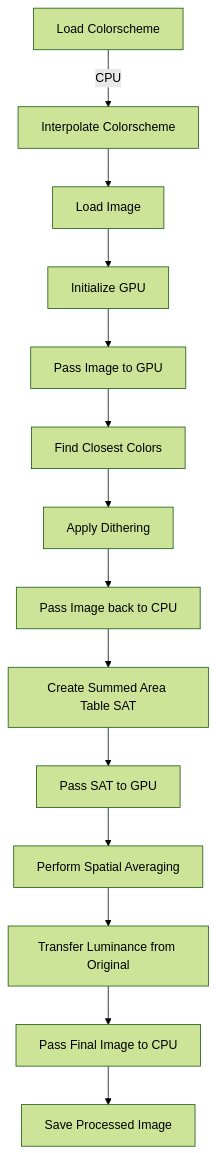
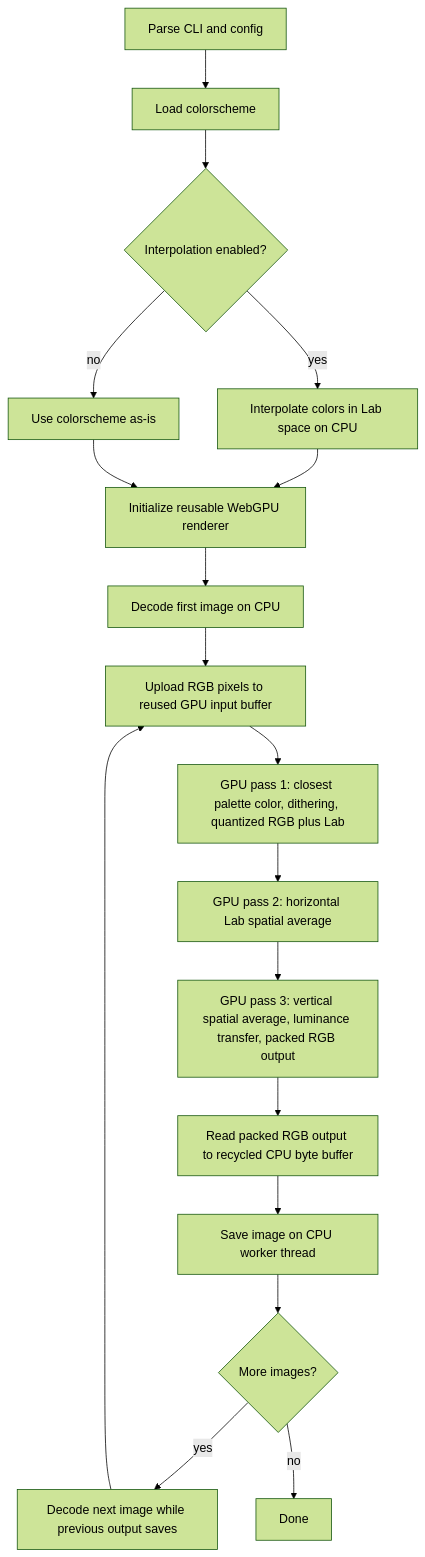
One commit to TaylorBeeston/image-colorizer changed the diagram in README.md. Above: the diagram before and after it, drawn with Mermaid (forest theme). The commit also changed other lines of this file and 1 other file, not shown here.

Commit message:
Update documentation for GPU pipeline

````diff
--- a/README.md
+++ b/README.md
@@ -90,16 +94,20 @@
 ```mermaid
 graph TD
-    A[Load Colorscheme] -->|CPU| B[Interpolate Colorscheme]
-    B --> C[Load Image]
-    C --> D[Initialize GPU]
-    D --> E[Pass Image to GPU]
-    E --> F[Find Closest Colors]
-    F --> G[Apply Dithering]
-    G --> H[Pass Image back to CPU]
-    H --> I[Create Summed Area Table SAT]
-    I --> J[Pass SAT to GPU]
-    J --> K[Perform Spatial Averaging]
-    K --> L[Transfer Luminance from Original]
-    L --> M[Pass Final Image to CPU]
-    M --> N[Save Processed Image]
+    A["Parse CLI and config"] --> B["Load colorscheme"]
+    B --> C{"Interpolation enabled?"}
+    C -->|yes| D["Interpolate colors in Lab space on CPU"]
+    C -->|no| E["Use colorscheme as-is"]
+    D --> F["Initialize reusable WebGPU renderer"]
+    E --> F
+    F --> G["Decode first image on CPU"]
+    G --> H["Upload RGB pixels to reused GPU input buffer"]
+    H --> I["GPU pass 1: closest palette color, dithering, quantized RGB plus Lab"]
+    I --> J["GPU pass 2: horizontal Lab spatial average"]
+    J --> K["GPU pass 3: vertical spatial average, luminance transfer, packed RGB output"]
+    K --> L["Read packed RGB output to recycled CPU byte buffer"]
+    L --> M["Save image on CPU worker thread"]
+    M --> N{"More images?"}
+    N -->|yes| O["Decode next image while previous output saves"]
+    O --> H
+    N -->|no| P["Done"]
 ```
````
